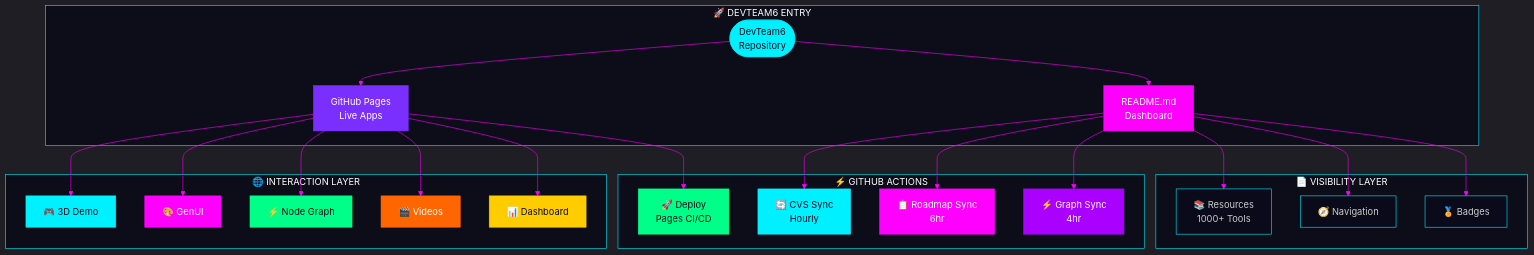
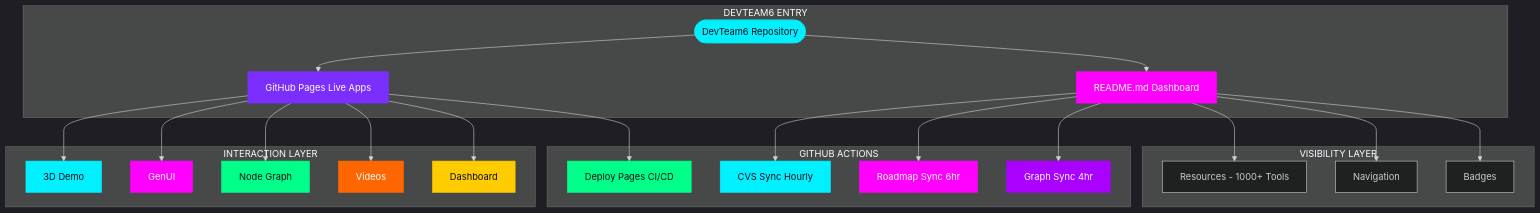
One commit to SpiralCloudOmega/DevTeam6 changed the first of 12 diagrams in README.md. Above: the diagram before and after it, drawn with Mermaid. The commit also changed 3 other files, not shown here.

Commit message:
Switch to HashRouter, add WebGL fallback, fix Mermaid diagram, improve mobile responsive

````diff
--- a/README.md
+++ b/README.md
@@ -98,49 +98,49 @@
 ```mermaid
-%%{init: {'theme': 'dark', 'themeVariables': { 'primaryColor': '#00f0ff', 'primaryTextColor': '#ffffff', 'primaryBorderColor': '#00f0ff', 'lineColor': '#ff00ff', 'secondaryColor': '#0a0a1a', 'tertiaryColor': '#1a0a2e', 'background': '#0a0a0f', 'mainBkg': '#0a0a1a', 'nodeBorder': '#00f0ff', 'clusterBkg': '#0d0d1a', 'clusterBorder': '#00f0ff', 'titleColor': '#ffffff', 'edgeLabelBackground':'#1a0a2e', 'fontFamily': 'JetBrains Mono, monospace'}}}%%
+%%{init: {'theme': 'dark'}}%%
 flowchart TB
-    subgraph ENTRY["🚀 DEVTEAM6 ENTRY"]
-        START([DevTeam6<br/>Repository]) --> README
+    subgraph ENTRY["DEVTEAM6 ENTRY"]
+        START([DevTeam6 Repository]) --> README
         START --> PAGES
     end
     
-    subgraph VISIBILITY["📄 VISIBILITY LAYER"]
-        README[README.md<br/>Dashboard]
-        README --> RESOURCES[📚 Resources<br/>1000+ Tools]
-        README --> NAV[🧭 Navigation]
-        README --> BADGES[🏅 Badges]
+    subgraph VISIBILITY["VISIBILITY LAYER"]
+        README[README.md Dashboard]
+        README --> RESOURCES[Resources - 1000+ Tools]
+        README --> NAV[Navigation]
+        README --> BADGES[Badges]
     end
     
-    subgraph INTERACTION["🌐 INTERACTION LAYER"]
-        PAGES[GitHub Pages<br/>Live Apps]
-        PAGES --> DEMO[🎮 3D Demo]
-        PAGES --> GENUI[🎨 GenUI]
-        PAGES --> GRAPH[⚡ Node Graph]
-        PAGES --> VIDEO[🎬 Videos]
-        PAGES --> DASH[📊 Dashboard]
+    subgraph INTERACTION["INTERACTION LAYER"]
+        PAGES[GitHub Pages Live Apps]
+        PAGES --> DEMO[3D Demo]
+        PAGES --> GENUI[GenUI]
+        PAGES --> GRAPH[Node Graph]
+        PAGES --> VIDEO[Videos]
+        PAGES --> DASH[Dashboard]
     end
     
-    subgraph AUTOMATION["⚡ GITHUB ACTIONS"]
-        DEPLOY[🚀 Deploy<br/>Pages CI/CD]
-        CVS[🔄 CVS Sync<br/>Hourly]
-        ROADMAP[📋 Roadmap Sync<br/>6hr]
-        NODEGRAPH[⚡ Graph Sync<br/>4hr]
+    subgraph AUTOMATION["GITHUB ACTIONS"]
+        DEPLOY[Deploy Pages CI/CD]
+        CVS[CVS Sync Hourly]
+        ROADMAP[Roadmap Sync 6hr]
+        NODEGRAPH[Graph Sync 4hr]
     end
     
     PAGES --> DEPLOY
     README --> CVS
     README --> ROADMAP
     README --> NODEGRAPH
     
     style START fill:#00f0ff,stroke:#00f0ff,color:#0a0a1a
     style PAGES fill:#7b2fff,stroke:#7b2fff,color:#ffffff
     style README fill:#ff00ff,stroke:#ff00ff,color:#ffffff
     style DEMO fill:#00f0ff,stroke:#00f0ff,color:#0a0a1a
     style GENUI fill:#ff00ff,stroke:#ff00ff,color:#ffffff
     style GRAPH fill:#00ff88,stroke:#00ff88,color:#0a0a1a
     style VIDEO fill:#ff6600,stroke:#ff6600,color:#ffffff
     style DASH fill:#ffcc00,stroke:#ffcc00,color:#0a0a1a
     style DEPLOY fill:#00ff88,stroke:#00ff88,color:#0a0a1a
     style CVS fill:#00f0ff,stroke:#00f0ff,color:#0a0a1a
     style ROADMAP fill:#ff00ff,stroke:#ff00ff,color:#ffffff
     style NODEGRAPH fill:#aa00ff,stroke:#aa00ff,color:#ffffff
 ```
````
